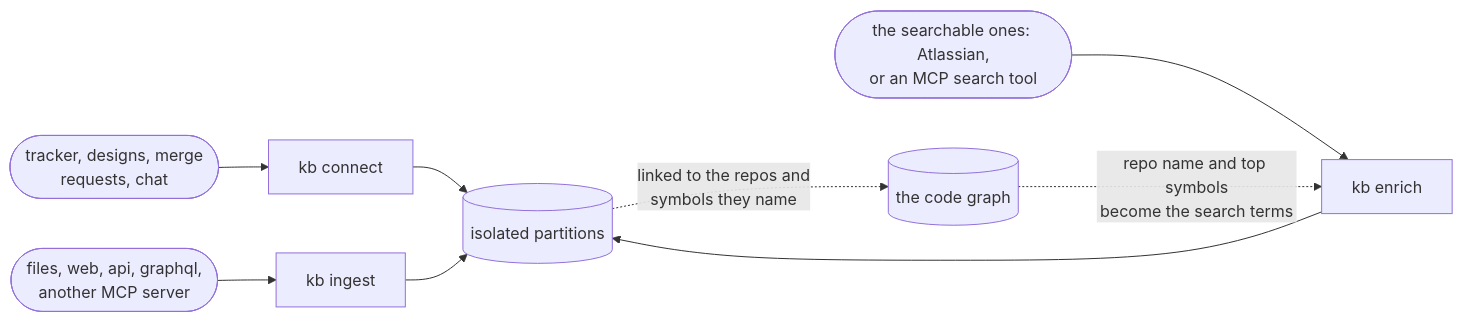
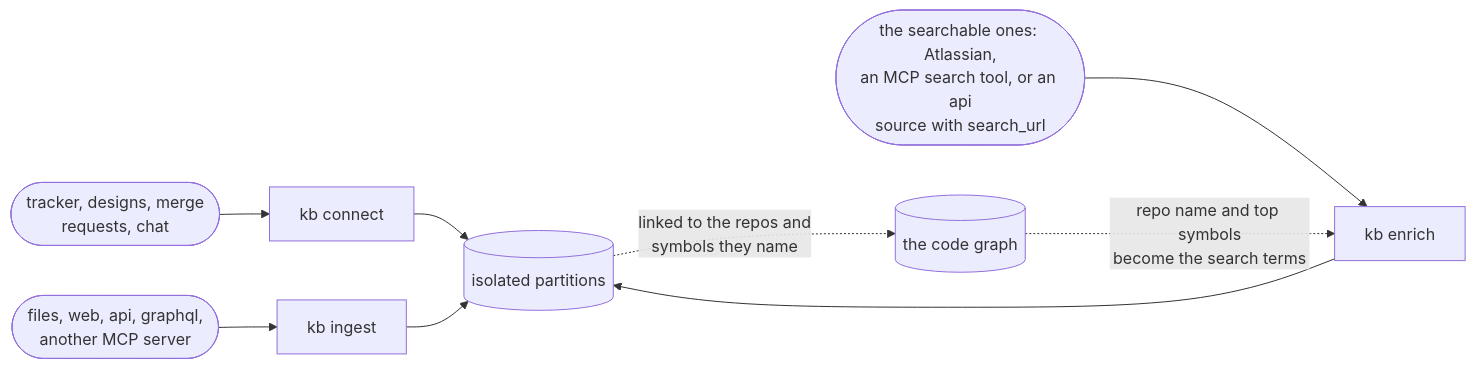
One commit to sayak-sarkar/contextlake changed the diagram in docs/connecting-and-enriching.md. Above: the diagram before and after it, drawn with Mermaid. The commit also changed 11 other files, not shown here.

First line of the commit message:
docs(site): correct 22 claims and diagrams on 12 docs pages

````diff
--- a/docs/connecting-and-enriching.md
+++ b/docs/connecting-and-enriching.md
@@ -9,11 +9,11 @@
 ```mermaid
 flowchart LR
   C(["tracker, designs, merge<br/>requests, chat"]) --> CON["kb connect"]
   I(["files, web, api, graphql,<br/>another MCP server"]) --> ING["kb ingest"]
-  Q(["the searchable ones: Atlassian,<br/>or an MCP search tool"]) --> ENR["kb enrich"]
+  Q(["the searchable ones: Atlassian,<br/>an MCP search tool, or an api<br/>source with search_url"]) --> ENR["kb enrich"]
   G[("the code graph")] -.->|"repo name and top symbols<br/>become the search terms"| ENR
   CON --> P[("isolated partitions")]
   ING --> P
   ENR --> P
   P -.->|"linked to the repos and<br/>symbols they name"| G
 ```
````
